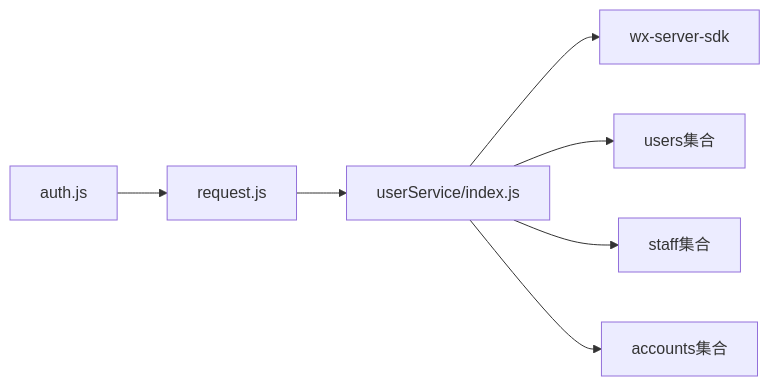
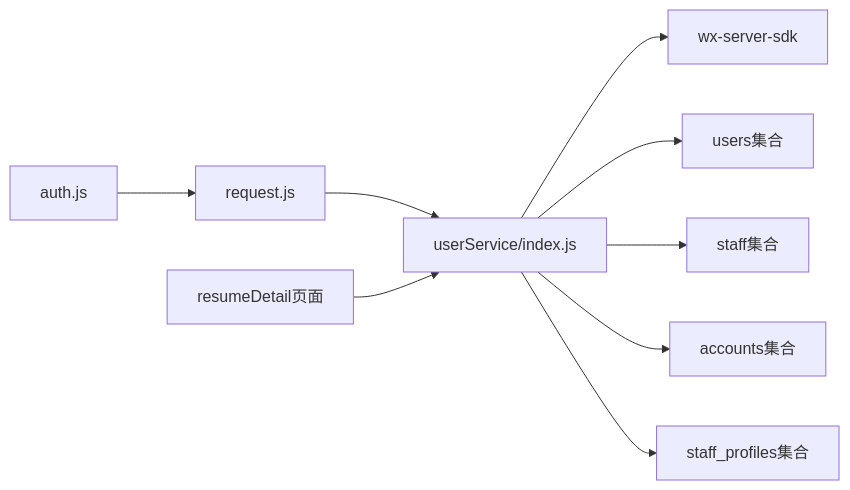
Before and after one commit to sunxuebo91/-: the tenth of 10 diagrams in .qoder/repowiki/zh/content/API参考/用户服务API/用户服务API.md, drawn with Mermaid. The commit also changed other lines of this file and 30 other files, not shown here.

````diff
--- a/.qoder/repowiki/zh/content/API参考/用户服务API/用户服务API.md
+++ b/.qoder/repowiki/zh/content/API参考/用户服务API/用户服务API.md
@@ -279,9 +362,11 @@
 ```mermaid
 graph LR
 CF["userService/index.js"] --> SDK["wx-server-sdk"]
 CF --> USERS["users集合"]
 CF --> STAFF["staff集合"]
 CF --> ACCOUNTS["accounts集合"]
+CF --> STAFF_PROFILES["staff_profiles集合"]
 AUTH["auth.js"] --> REQ["request.js"]
 REQ --> CF
+RESUME["resumeDetail页面"] --> CF
 ```
````
